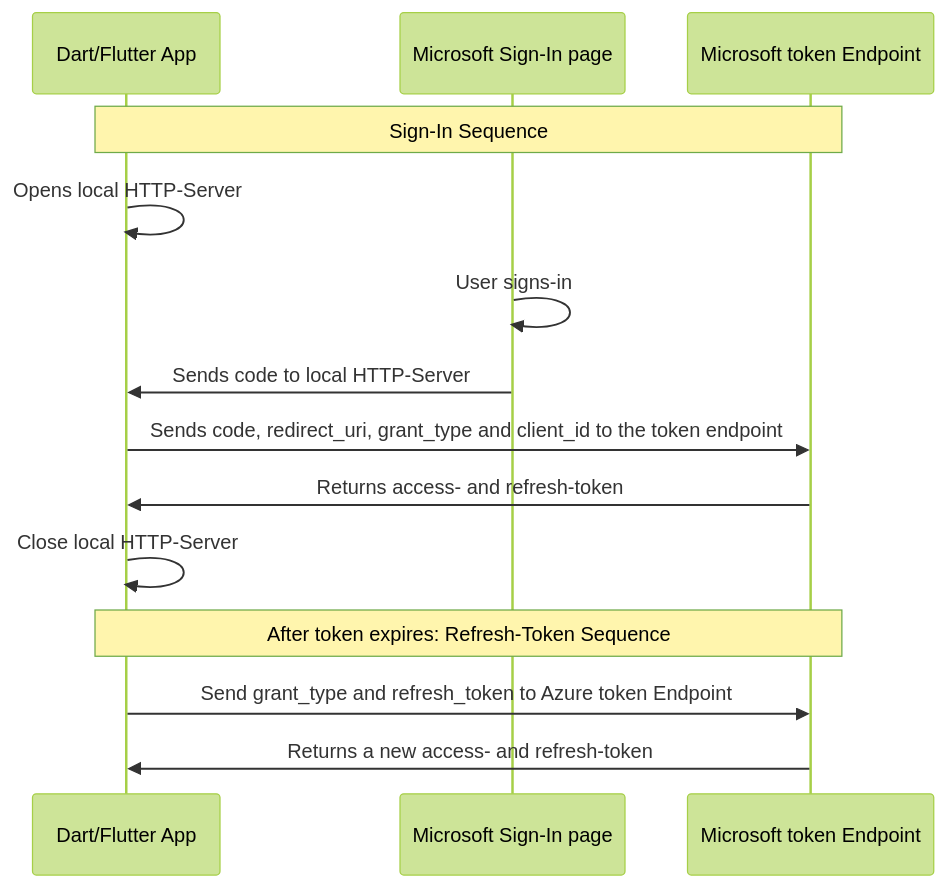
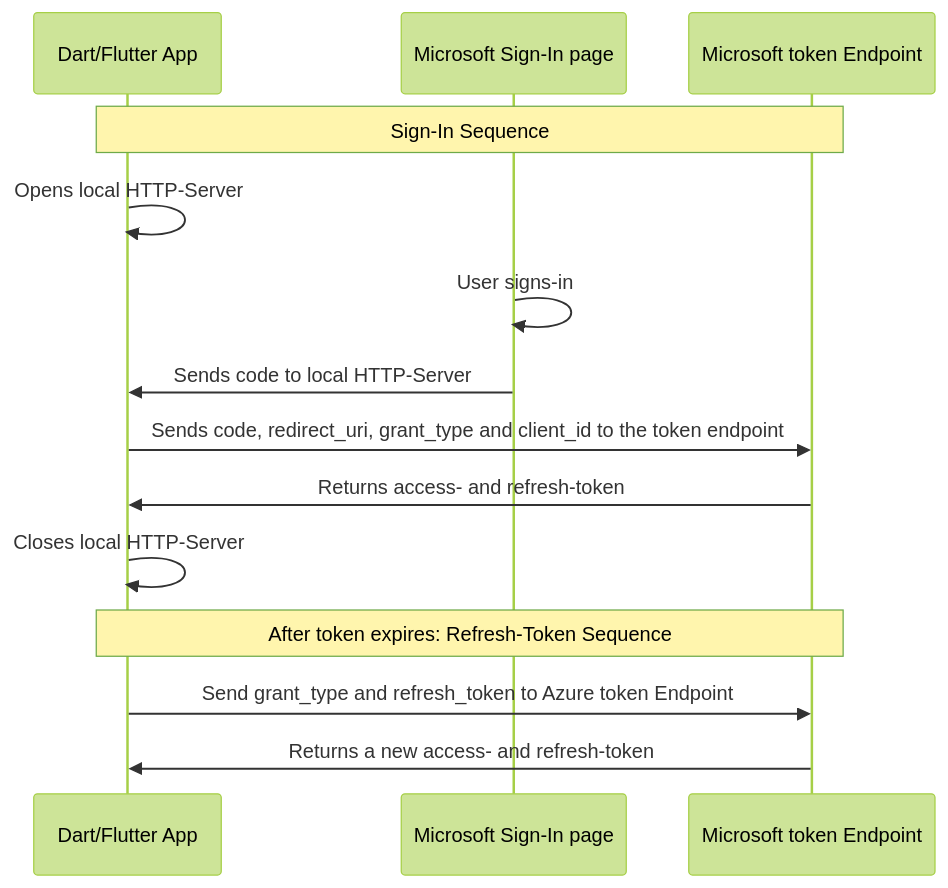
Before and after one commit to Pat992/dart_azure_ad_sign_in: the diagram in README.md, drawn with Mermaid (forest theme). The commit also changed other lines of this file, not shown here.

````diff
--- a/README.md
+++ b/README.md
@@ -26,16 +25,16 @@
 ```mermaid
 sequenceDiagram
     participant N as Dart/Flutter App
     participant S as Microsoft Sign-In page
     participant E as Microsoft token Endpoint
     Note over N,E: Sign-In Sequence
     N->>N: Opens local HTTP-Server
     S->>S: User signs-in
     S->>N: Sends code to local HTTP-Server
     N->>E: Sends code, redirect_uri, grant_type and client_id to the token endpoint
     E->>N: Returns access- and refresh-token
-    N->>N: Close local HTTP-Server
+    N->>N: Closes local HTTP-Server
     Note over N,E: After token expires: Refresh-Token Sequence
     N->>E: Send grant_type and refresh_token to Azure token Endpoint
     E->>N: Returns a new access- and refresh-token
 ```
````
